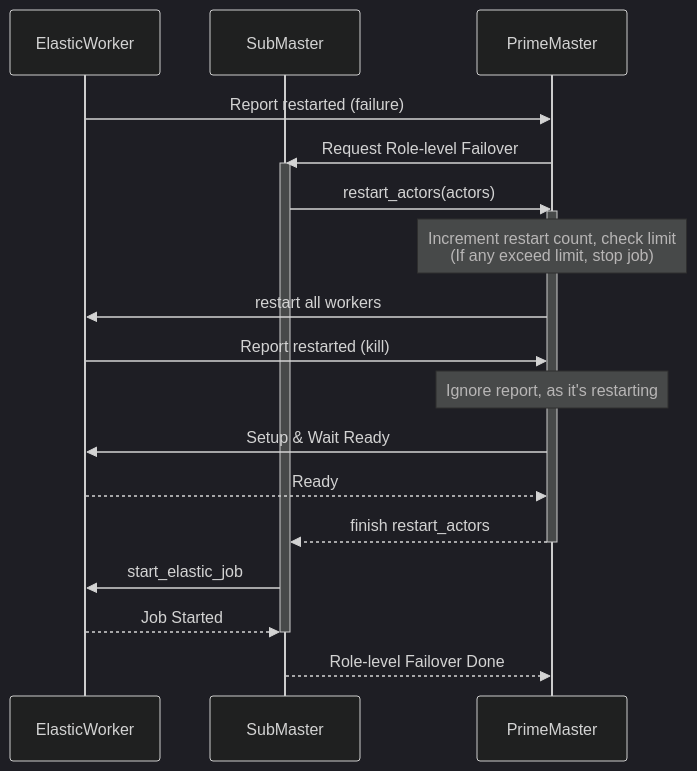
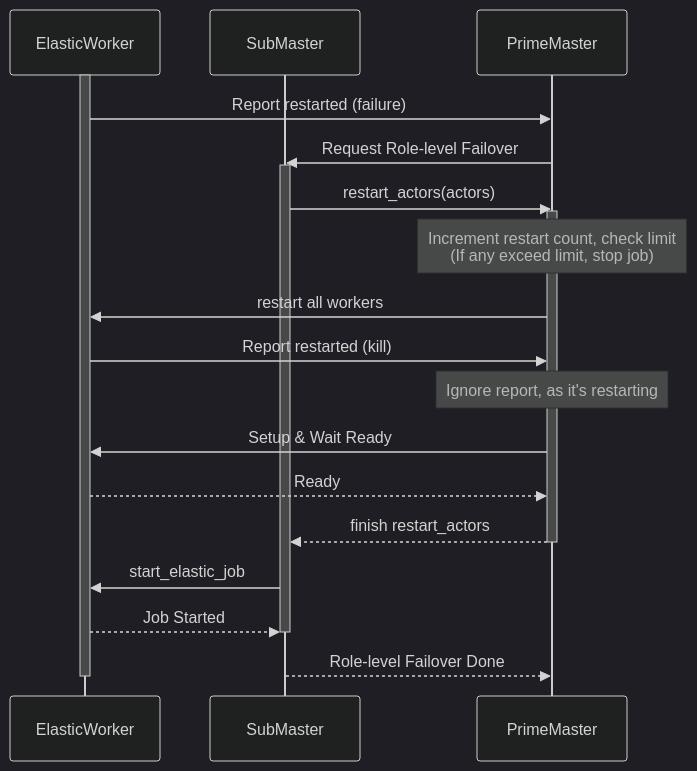
Before and after one commit to intelligent-machine-learning/dlrover: the second of 6 diagrams in docs/design/unified-failover.md, drawn with Mermaid (dark theme). The commit also changed other lines of this file and 15 other files, not shown here.

````diff
--- a/docs/design/unified-failover.md
+++ b/docs/design/unified-failover.md
@@ -58,23 +68,25 @@
 ```mermaid
 sequenceDiagram
     participant EW as ElasticWorker
     participant SM as SubMaster
     participant PM as PrimeMaster
+    activate EW
     EW->>PM: Report restarted (failure)
     PM->>SM: Request Role-level Failover
     activate SM
     SM->>PM: restart_actors(actors)
         activate PM
         note over PM: Increment restart count, check limit<br> (If any exceed limit, stop job)
         PM->>EW: restart all workers
         EW->>PM: Report restarted (kill)
         note over PM: Ignore report, as it's restarting
         PM->>EW: Setup & Wait Ready
         EW-->>PM: Ready
         PM-->>SM: finish restart_actors
         deactivate PM
     SM->>EW: start_elastic_job
     EW-->>SM: Job Started
     deactivate SM
     SM-->>PM: Role-level Failover Done
+    deactivate EW
 ```
````
